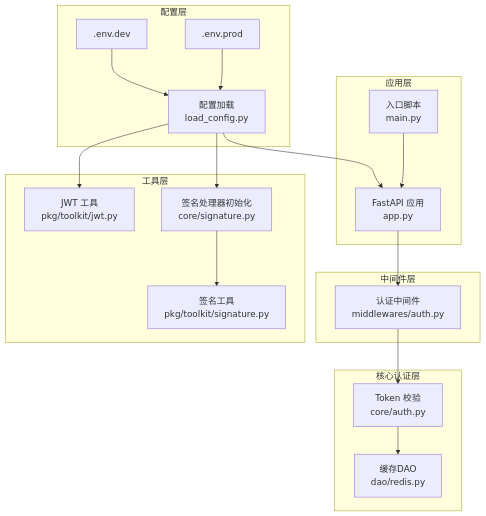
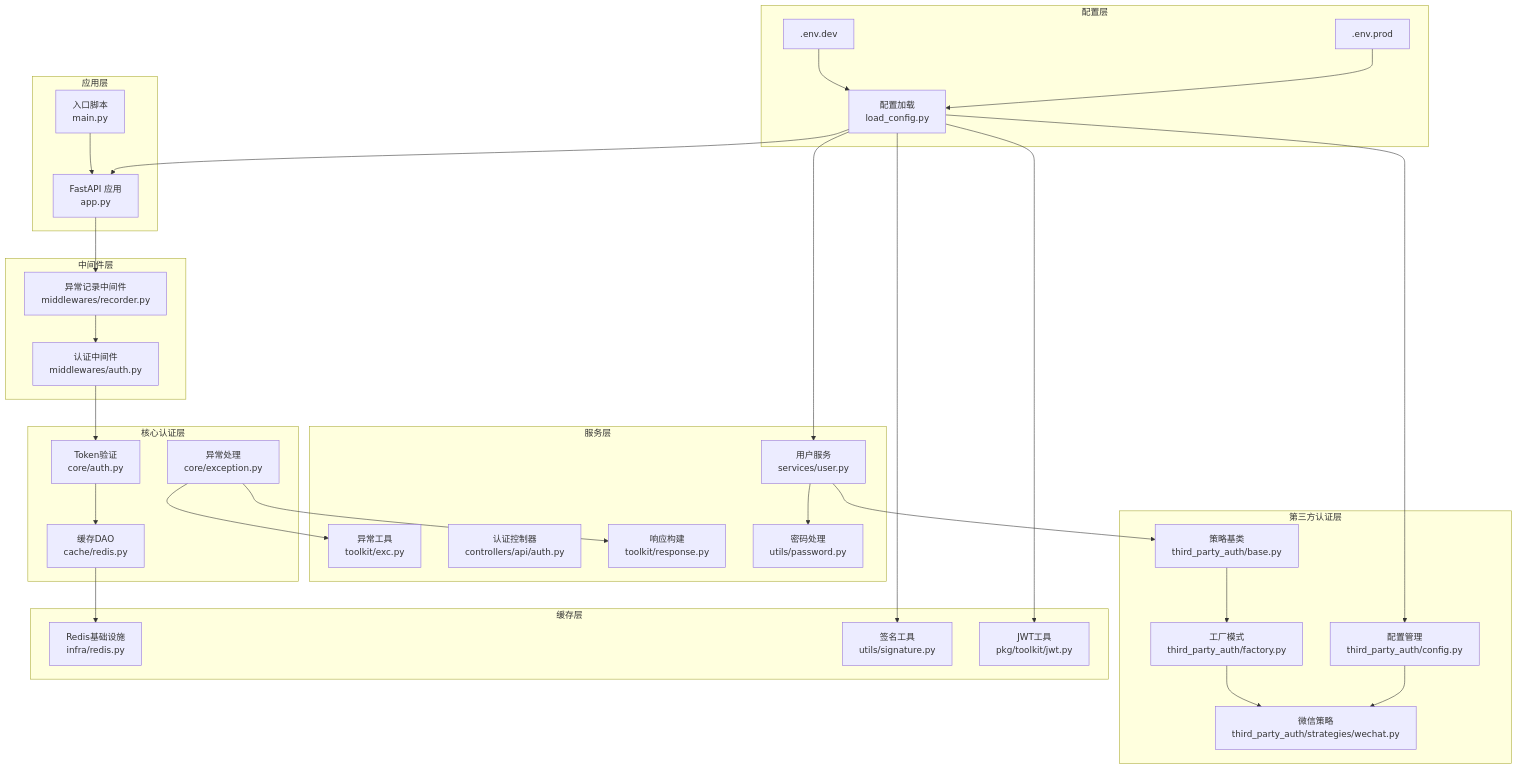
Before and after one commit to lilinzezzzzzz/fastapi-backend: the first of 14 diagrams in .qoder/repowiki/zh/content/安全认证机制/安全认证机制.md, drawn with Mermaid. The commit also changed other lines of this file and 38 other files, not shown here.

````diff
--- a/.qoder/repowiki/zh/content/安全认证机制/安全认证机制.md
+++ b/.qoder/repowiki/zh/content/安全认证机制/安全认证机制.md
@@ -49,34 +77,59 @@
 ```mermaid
 graph TB
 subgraph "配置层"
 CFG["配置加载<br/>load_config.py"]
 ENV_DEV[".env.dev"]
 ENV_PROD[".env.prod"]
 end
 subgraph "应用层"
 APP["FastAPI 应用<br/>app.py"]
 MAIN["入口脚本<br/>main.py"]
 end
 subgraph "中间件层"
 MW["认证中间件<br/>middlewares/auth.py"]
+RECORDER["异常记录中间件<br/>middlewares/recorder.py"]
 end
 subgraph "核心认证层"
-CORE_AUTH["Token 校验<br/>core/auth.py"]
-DAO_REDIS["缓存DAO<br/>dao/redis.py"]
+CORE_AUTH["Token验证<br/>core/auth.py"]
+CACHE_DAO["缓存DAO<br/>cache/redis.py"]
+EXCEPTION["异常处理<br/>core/exception.py"]
 end
-subgraph "工具层"
-TOOL_JWT["JWT 工具<br/>pkg/toolkit/jwt.py"]
-TOOL_SIG["签名工具<br/>pkg/toolkit/signature.py"]
-CORE_SIG["签名处理器初始化<br/>core/signature.py"]
+subgraph "服务层"
+USER_SERVICE["用户服务<br/>services/user.py"]
+PASSWORD_HANDLER["密码处理<br/>utils/password.py"]
+AUTH_CONTROLLER["认证控制器<br/>controllers/api/auth.py"]
+EXC_UTIL["异常工具<br/>toolkit/exc.py"]
+RESPONSE["响应构建<br/>toolkit/response.py"]
+end
+subgraph "第三方认证层"
+THIRD_PARTY_BASE["策略基类<br/>third_party_auth/base.py"]
+THIRD_PARTY_CONFIG["配置管理<br/>third_party_auth/config.py"]
+THIRD_PARTY_FACTORY["工厂模式<br/>third_party_auth/factory.py"]
+WECHAT_STRATEGY["微信策略<br/>third_party_auth/strategies/wechat.py"]
+end
+subgraph "缓存层"
+REDIS_INFRA["Redis基础设施<br/>infra/redis.py"]
+JWT_TOOL["JWT工具<br/>pkg/toolkit/jwt.py"]
+SIGNATURE_UTIL["签名工具<br/>utils/signature.py"]
 end
 ENV_DEV --> CFG
 ENV_PROD --> CFG
 CFG --> APP
-APP --> MW
+APP --> RECORDER
+RECORDER --> MW
 MW --> CORE_AUTH
-CORE_AUTH --> DAO_REDIS
-CFG --> CORE_SIG
-CORE_SIG --> TOOL_SIG
-CFG --> TOOL_JWT
+CORE_AUTH --> CACHE_DAO
+CACHE_DAO --> REDIS_INFRA
+CFG --> USER_SERVICE
+USER_SERVICE --> PASSWORD_HANDLER
+CFG --> SIGNATURE_UTIL
+CFG --> JWT_TOOL
+CFG --> THIRD_PARTY_CONFIG
+THIRD_PARTY_BASE --> THIRD_PARTY_FACTORY
+THIRD_PARTY_FACTORY --> WECHAT_STRATEGY
+THIRD_PARTY_CONFIG --> WECHAT_STRATEGY
+USER_SERVICE --> THIRD_PARTY_BASE
+EXCEPTION --> EXC_UTIL
+EXCEPTION --> RESPONSE
 MAIN --> APP
 ```
````
